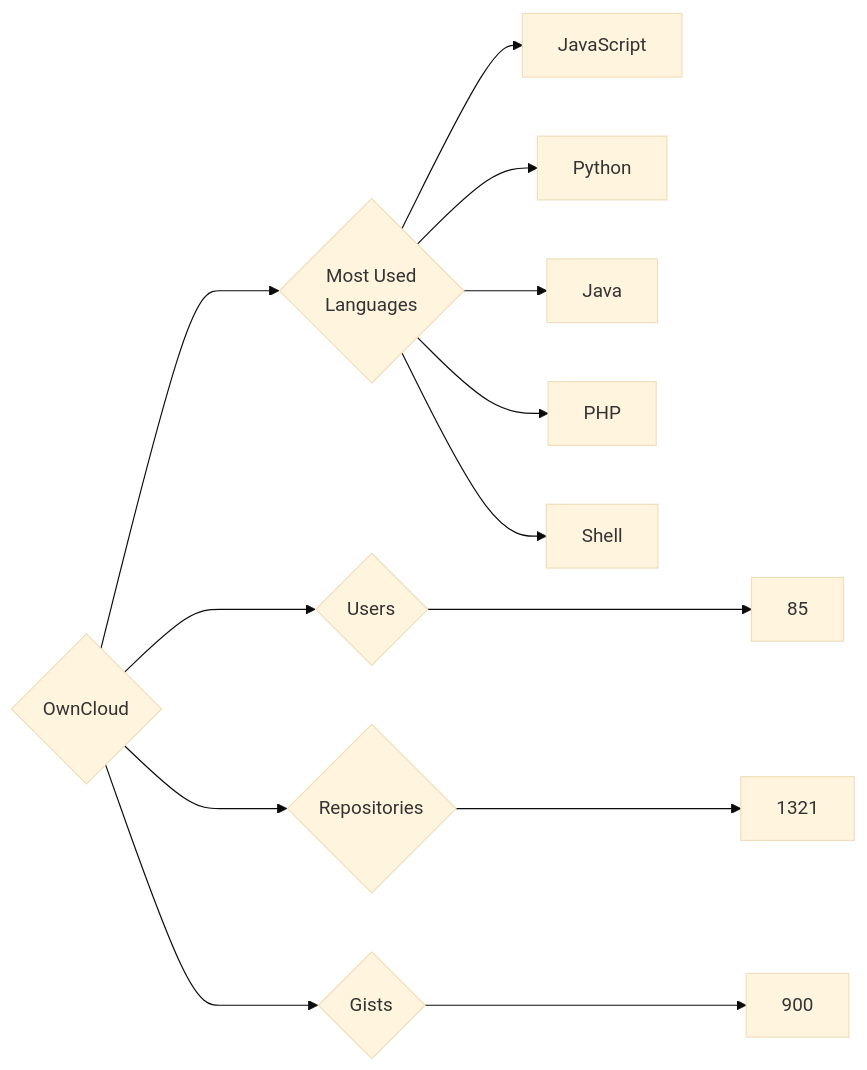
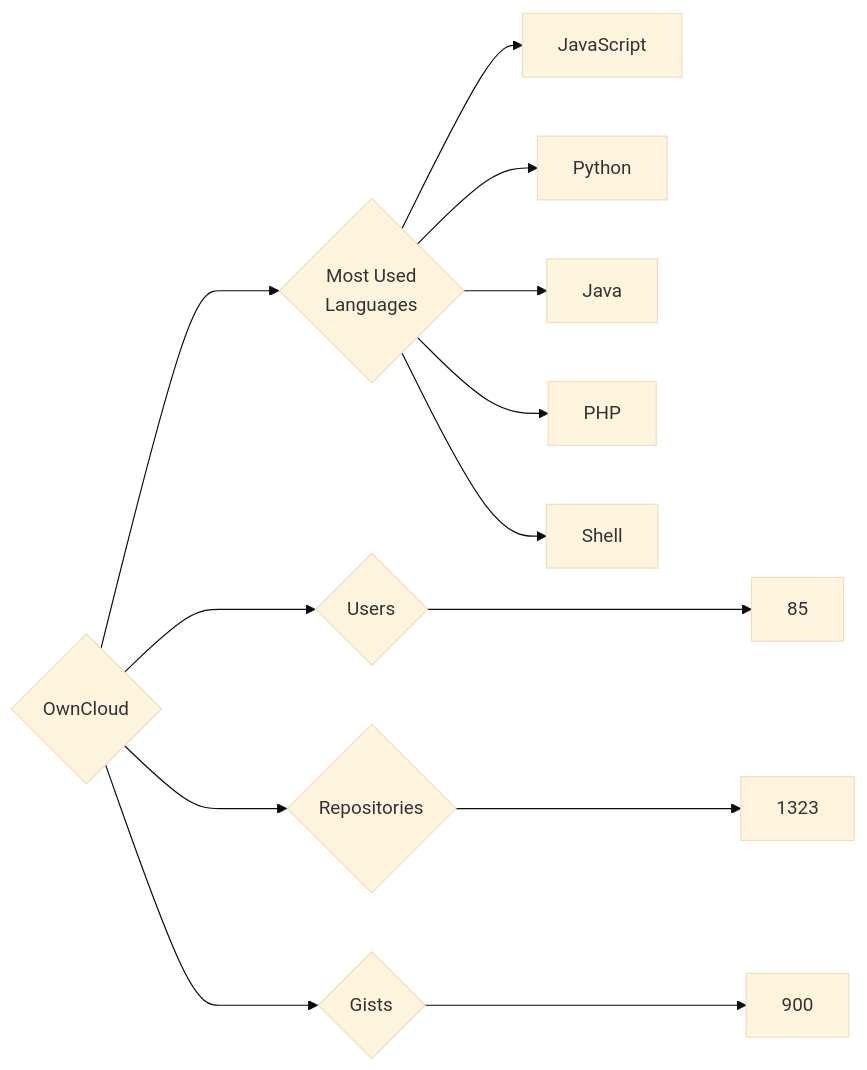
Before and after one commit to trickest/insiders: the diagram in targets/OwnCloud/README.md, drawn with Mermaid (base theme). The commit also changed 886 other files, not shown here.

````diff
--- a/targets/OwnCloud/README.md
+++ b/targets/OwnCloud/README.md
@@ -3,13 +3,13 @@
 ```mermaid
 graph LR
 COMPANY_NAME{OwnCloud}
 COMPANY_NAME ---> U{Users} ---> UN[85]
-COMPANY_NAME ---> R{Repositories} ---> RN[1321]
+COMPANY_NAME ---> R{Repositories} ---> RN[1323]
 COMPANY_NAME ---> G{Gists} ---> GN[900]
 COMPANY_NAME ---> ML{Most Used<br>Languages}
 ML --> JavaScript[JavaScript]
 ML --> Python[Python]
 ML --> Java[Java]
 ML --> PHP[PHP]
 ML --> Shell[Shell]
 ```
````
